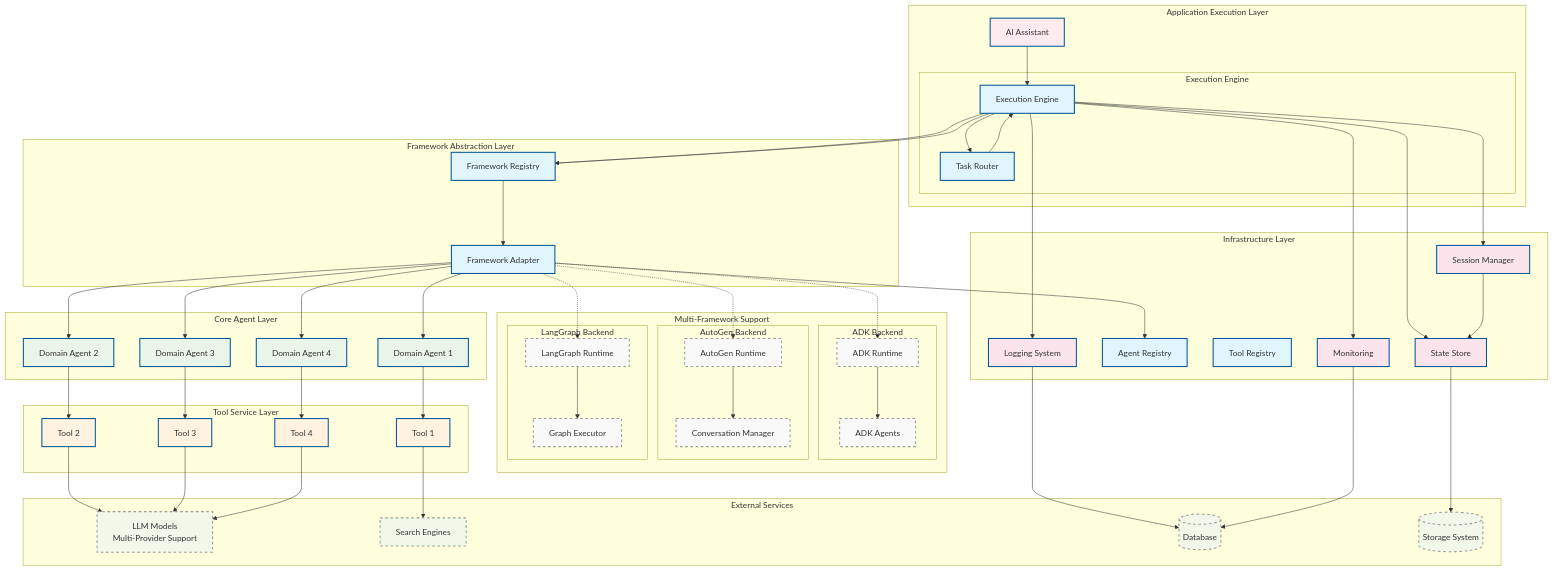
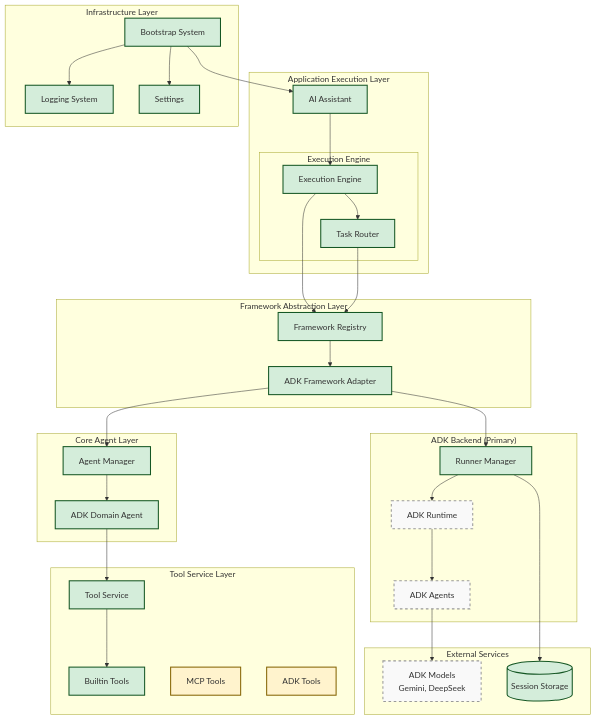
Before and after one commit to wudalu/aether-frame: the first of 3 diagrams in docs/architecture.md, drawn with Mermaid. The commit also changed other lines of this file and 7 other files, not shown here.

````diff
--- a/docs/architecture.md
+++ b/docs/architecture.md
@@ -13,125 +18,73 @@
 ```mermaid
 graph TB
     subgraph "Application Execution Layer"
-        ENTRY[AI Assistant]:::selfBuilt
+        ENTRY[AI Assistant]:::implemented
         
         subgraph "Execution Engine"
-            ENGINE[Execution Engine]:::selfBuilt
-            ROUTER[Task Router]:::selfBuilt
+            ENGINE[Execution Engine]:::implemented
+            ROUTER[Task Router]:::implemented
         end
     end
     
     subgraph "Framework Abstraction Layer"
-        FAL[Framework Adapter]:::selfBuilt
-        REGISTRY[Framework Registry]:::selfBuilt
+        FAL[Framework Registry]:::implemented
+        ADK_ADAPTER[ADK Framework Adapter]:::implemented
     end
     
-    subgraph "Multi-Framework Support"
-        subgraph "ADK Backend"
-            ADK_RT[ADK Runtime]:::thirdParty
-            ADK_AG[ADK Agents]:::thirdParty
-        end
-        subgraph "AutoGen Backend"  
-            AG_RT[AutoGen Runtime]:::thirdParty
-            AG_CONV[Conversation Manager]:::thirdParty
-        end
-        subgraph "LangGraph Backend"
-            LG_RT[LangGraph Runtime]:::thirdParty
-            LG_FLOW[Graph Executor]:::thirdParty
-        end
+    subgraph "ADK Backend (Primary)"
+        ADK_RT[ADK Runtime]:::thirdParty
+        ADK_RM[Runner Manager]:::implemented
+        ADK_AG[ADK Agents]:::thirdParty
     end
     
     subgraph "Core Agent Layer"
-        DA1[Domain Agent 1]:::selfBuilt
-        DA2[Domain Agent 2]:::selfBuilt 
-        DA3[Domain Agent 3]:::selfBuilt
-        DA4[Domain Agent 4]:::selfBuilt
+        AM[Agent Manager]:::implemented
+        DA1[ADK Domain Agent]:::implemented
     end
     
     subgraph "Tool Service Layer"
-        T1[Tool 1]:::selfBuilt
-        T2[Tool 2]:::selfBuilt
-        T3[Tool 3]:::selfBuilt
-        T4[Tool 4]:::selfBuilt
+        TS[Tool Service]:::implemented
+        BT[Builtin Tools]:::implemented
+        MT[MCP Tools]:::placeholder
+        AT[ADK Tools]:::placeholder
     end
     
     subgraph "Infrastructure Layer"
-        SM[Session Manager]:::selfBuilt
-        SS[State Store]:::selfBuilt
-        AR[Agent Registry]:::selfBuilt
-        TR[Tool Registry]:::selfBuilt
-        LG[Logging System]:::selfBuilt
-        MON[Monitoring]:::selfBuilt
+        BOOTSTRAP[Bootstrap System]:::implemented
+        LOG[Logging System]:::implemented
+        SETTINGS[Settings]:::implemented
     end
     
     subgraph "External Services"
-        LLM[LLM Models<br/>Multi-Provider Support]:::thirdParty
-        SE[Search Engines]:::thirdParty
-        DB[(Database)]:::thirdParty
-        STORAGE[(Storage System)]:::thirdParty
+        LLM[ADK Models<br/>Gemini, DeepSeek]:::thirdParty
+        STORAGE[(Session Storage)]:::implemented
     end
     
     classDef thirdParty fill:#f9f9f9,stroke:#999,stroke-width:2,stroke-dasharray: 5 5
-    classDef selfBuilt fill:#e1f5fe,stroke:#01579b,stroke-width:2
+    classDef implemented fill:#d4edda,stroke:#155724,stroke-width:2
+    classDef placeholder fill:#fff3cd,stroke:#856404,stroke-width:2
     
-    %% Simplified Dependencies
+    %% Current Implementation Flow
     ENTRY --> ENGINE
     ENGINE --> ROUTER
-    ENGINE --> REGISTRY
-    ROUTER --> ENGINE
+    ENGINE --> FAL
+    ROUTER --> FAL
     
-    %% Framework Abstraction Layer connections
-    ENGINE --> REGISTRY
-    REGISTRY --> FAL
+    FAL --> ADK_ADAPTER
+    ADK_ADAPTER --> ADK_RM
+    ADK_ADAPTER --> AM
     
-    %% Framework Selection (configurable)
-    FAL -.-> ADK_RT
-    FAL -.-> AG_RT  
-    FAL -.-> LG_RT
+    AM --> DA1
+    ADK_RM --> ADK_RT
+    ADK_RT --> ADK_AG
     
-    ADK_RT --> ADK_AG
-    AG_RT --> AG_CONV
-    LG_RT --> LG_FLOW
+    DA1 --> TS
+    TS --> BT
     
-    %% Agent connections through abstraction
-    FAL --> DA1
-    FAL --> DA2
-    FAL --> DA3
-    FAL --> DA4
+    ADK_AG --> LLM
+    ADK_RM --> STORAGE
     
-    DA1 --> T1
-    DA2 --> T2
-    DA3 --> T3
-    DA4 --> T4
-    
-    T1 --> SE
-    T2 --> LLM
-    T3 --> LLM
-    T4 --> LLM
-    
-    %% Infrastructure connections
-    ENGINE --> SM
-    ENGINE --> SS
-    FAL --> AR
-    SM --> SS
-    ENGINE --> LG
-    ENGINE --> MON
-    
-    SS --> STORAGE
-    LG --> DB
-    MON --> DB
-    
-    classDef orchestrationLayer fill:#f3e5f5
-    classDef agentLayer fill:#e8f5e8
-    classDef toolLayer fill:#fff3e0
-    classDef infraLayer fill:#fce4ec
-    classDef externalLayer fill:#f1f8e9
-    classDef entryPoint fill:#ffebee
-    
-    class ENTRY entryPoint
-    class ENGINE,ROUTER executionLayer
-    class DA1,DA2,DA3,DA4 agentLayer
-    class T1,T2,T3,T4 toolLayer
-    class SM,SS,LG,MON infraLayer
-    class LLM,SE,DB,STORAGE externalLayer
+    BOOTSTRAP --> ENTRY
+    BOOTSTRAP --> LOG
+    BOOTSTRAP --> SETTINGS
 ```
````
